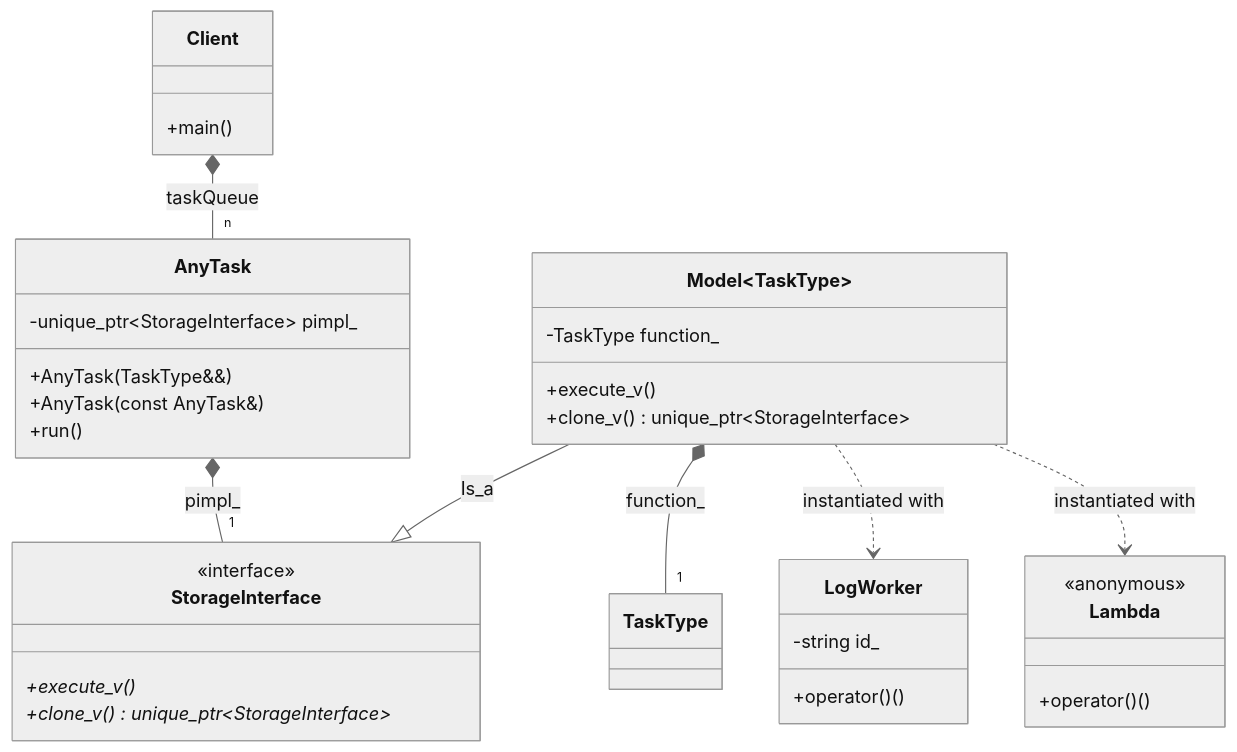
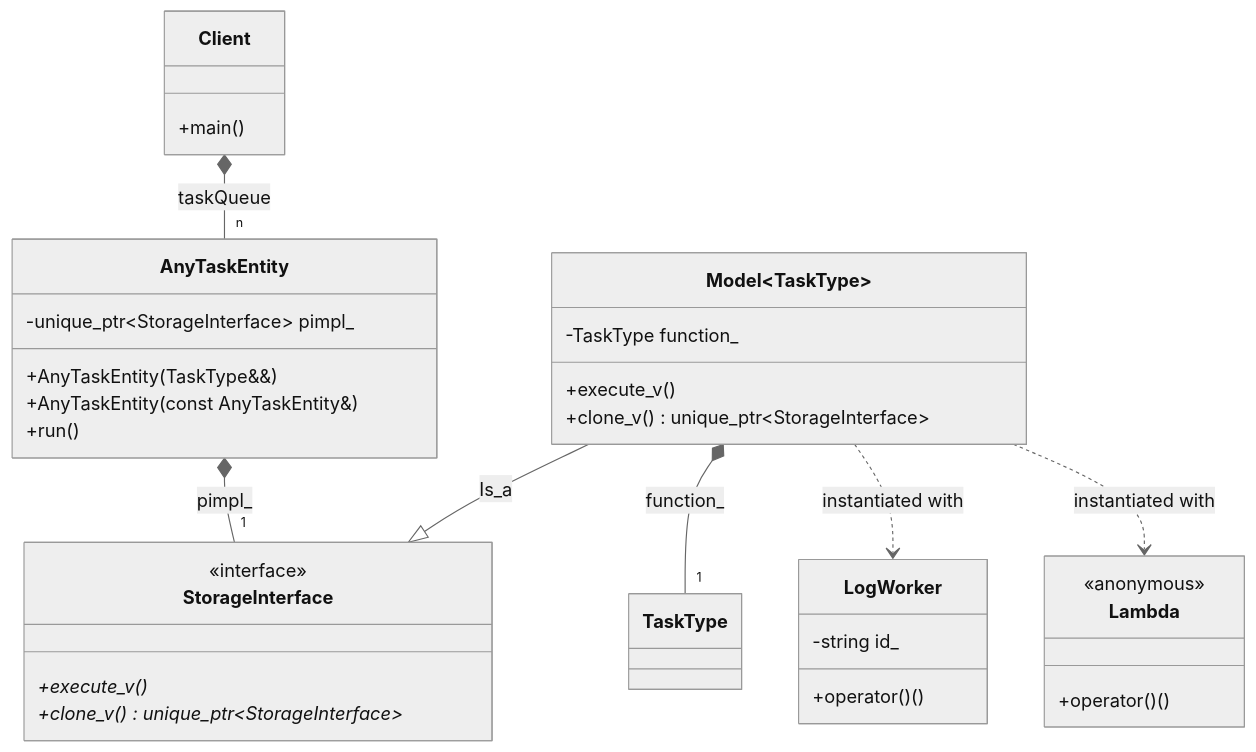
One commit to MarioGalindoQ/Modern-CPP-Design-Patterns changed the diagram in 37_TypeErasure/02_TaskQueue/diagram.md. Above: the diagram before and after it, drawn with Mermaid (neutral theme). The commit also changed other lines of this file and 3 other files, not shown here.

````diff
--- a/37_TypeErasure/02_TaskQueue/diagram.md
+++ b/37_TypeErasure/02_TaskQueue/diagram.md
@@ -3,51 +3,51 @@
 ```mermaid
 classDiagram
-   class AnyTask {
+   class AnyTaskEntity {
       -unique_ptr~StorageInterface~ pimpl_
-      +AnyTask(TaskType&&)
-      +AnyTask(const AnyTask&)
+      +AnyTaskEntity(TaskType&&)
+      +AnyTaskEntity(const AnyTaskEntity&)
       +run()
    }
 
    class StorageInterface {
       <<interface>>
       +execute_v()*
       +clone_v()* unique_ptr~StorageInterface~
    }
 
    class Model~TaskType~ {
       -TaskType function_
       +execute_v()
       +clone_v() unique_ptr~StorageInterface~
    }
 
    class LogWorker {
       -string id_
       +operator()()
    }
 
    class Lambda {
       <<anonymous>>
       +operator()()
    }
 
    class Client {
       +main()
    }
 
    %% The Wrapper owns the internal StorageInterface
-   AnyTask *-- "1" StorageInterface : pimpl_
+   AnyTaskEntity *-- "1" StorageInterface : pimpl_
 
    %% The Model implements the StorageInterface
    Model~TaskType~ --|> StorageInterface : Is_a
 
    %% The Model owns the actual callable logic
    Model~TaskType~ *-- "1" TaskType : function_
 
    %% Various types can be used to instantiate the Model
    Model~TaskType~ ..> LogWorker : instantiated with
    Model~TaskType~ ..> Lambda : instantiated with
 
    %% The Client manages the task queue by value
-   Client *-- "n" AnyTask : taskQueue
+   Client *-- "n" AnyTaskEntity : taskQueue
 ```
````
